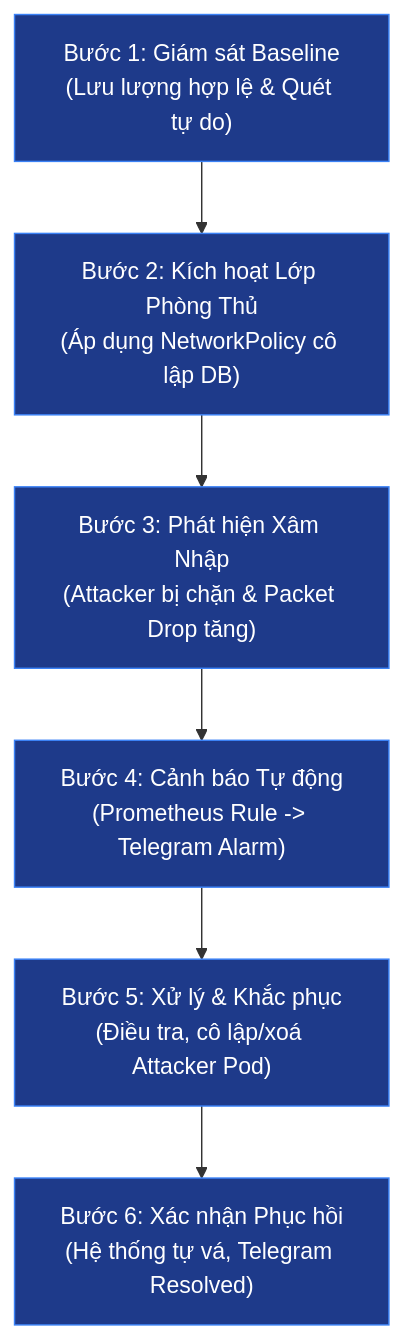
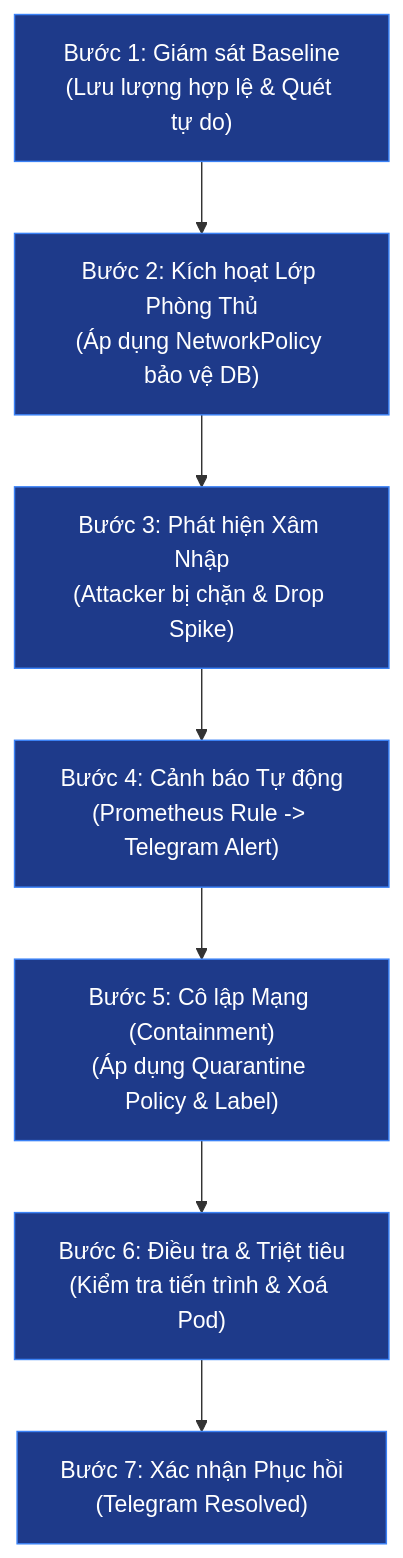
Before and after one commit to thangphan205/network-thuc-chien: the third of 3 diagrams in kubernetes-networking/k8s-lab/tap-23-calico-observability/lab-guide.md, drawn with Mermaid. The commit also changed other lines of this file and 1 other file, not shown here.

Commit message:
docs: update lab slides and guide with production-grade GitOps patterns, incident response procedures, and network quarantine strategies

````diff
--- a/kubernetes-networking/k8s-lab/tap-23-calico-observability/lab-guide.md
+++ b/kubernetes-networking/k8s-lab/tap-23-calico-observability/lab-guide.md
@@ -691,12 +846,13 @@
 ```mermaid
 flowchart TD
     P1["Bước 1: Giám sát Baseline\n(Lưu lượng hợp lệ & Quét tự do)"] --> P2
-    P2["Bước 2: Kích hoạt Lớp Phòng Thủ\n(Áp dụng NetworkPolicy cô lập DB)"] --> P3
-    P3["Bước 3: Phát hiện Xâm Nhập\n(Attacker bị chặn & Packet Drop tăng)"] --> P4
-    P4["Bước 4: Cảnh báo Tự động\n(Prometheus Rule -> Telegram Alarm)"] --> P5
-    P5["Bước 5: Xử lý & Khắc phục\n(Điều tra, cô lập/xoá Attacker Pod)"] --> P6
-    P6["Bước 6: Xác nhận Phục hồi\n(Hệ thống tự vá, Telegram Resolved)"]
-    
+    P2["Bước 2: Kích hoạt Lớp Phòng Thủ\n(Áp dụng NetworkPolicy bảo vệ DB)"] --> P3
+    P3["Bước 3: Phát hiện Xâm Nhập\n(Attacker bị chặn & Drop Spike)"] --> P4
+    P4["Bước 4: Cảnh báo Tự động\n(Prometheus Rule -> Telegram Alert)"] --> P5
+    P5["Bước 5: Cô lập Mạng (Containment)\n(Áp dụng Quarantine Policy & Label)"] --> P6
+    P6["Bước 6: Điều tra & Triệt tiêu\n(Kiểm tra tiến trình & Xoá Pod)"] --> P7
+    P7["Bước 7: Xác nhận Phục hồi\n(Telegram Resolved)"]
+
     classDef step fill:#1e3a8a,stroke:#3b82f6,color:#fff;
-    class P1,P2,P3,P4,P5,P6 step;
+    class P1,P2,P3,P4,P5,P6,P7 step;
 ```
````
